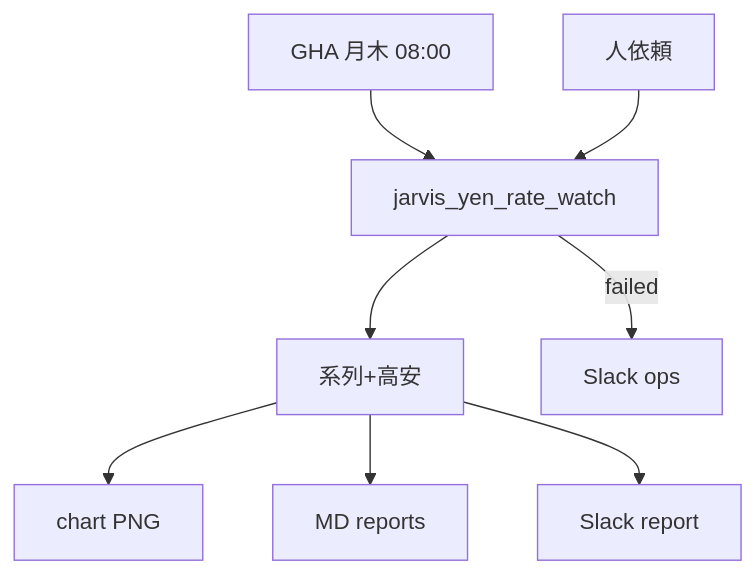
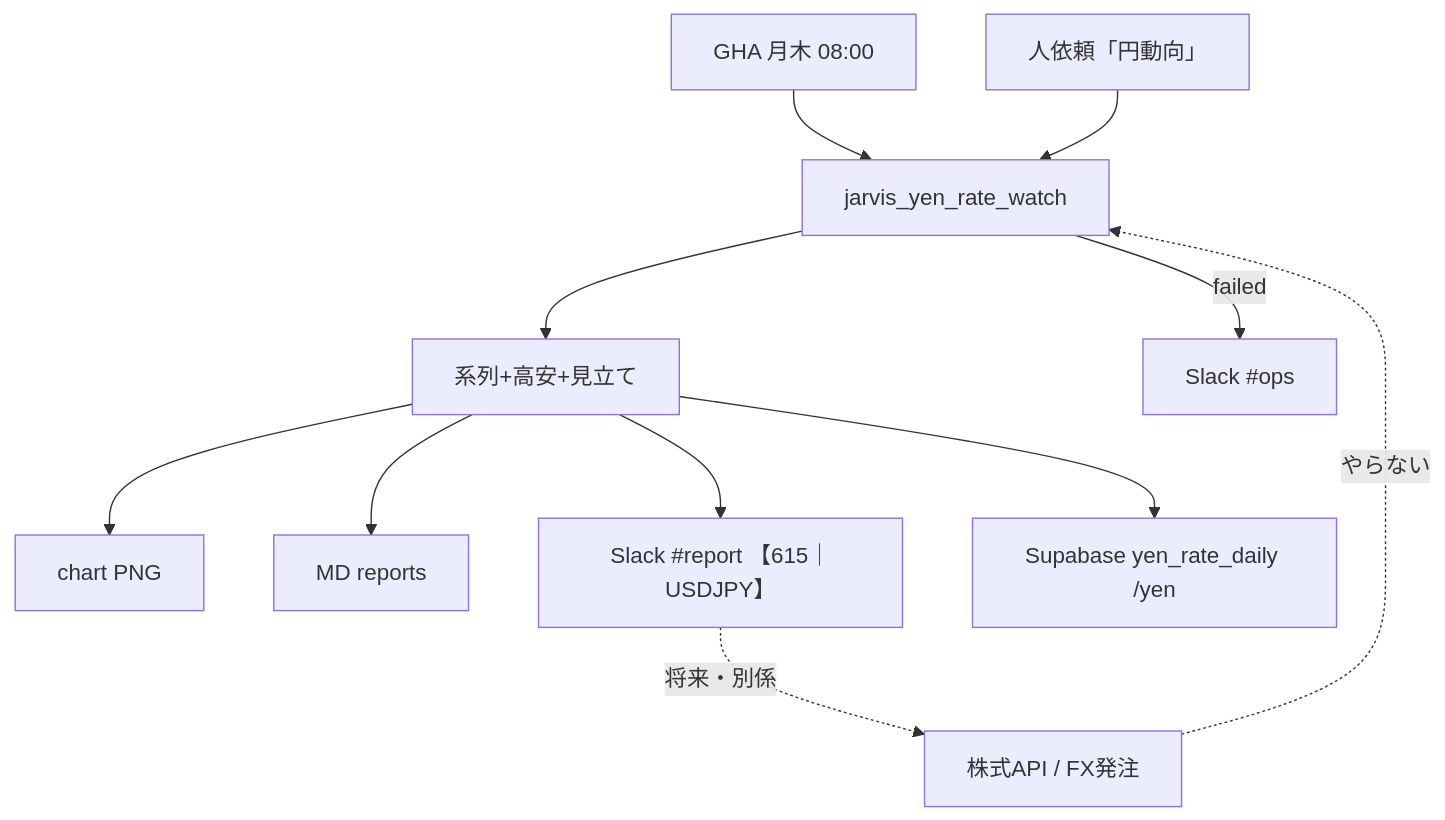
One commit to m19mhrts83-cyber/project-GE changed the diagram in docs/AIエージェントチーム/600_リソース・家計室/615_円動向報告係/flow.md. Above: the diagram before and after it, drawn with Mermaid. The commit also changed other lines of this file and 24 other files, not shown here.

````diff
--- a/docs/AIエージェントチーム/600_リソース・家計室/615_円動向報告係/flow.md
+++ b/docs/AIエージェントチーム/600_リソース・家計室/615_円動向報告係/flow.md
@@ -12,10 +21,13 @@
 ```mermaid
 flowchart TD
   T1[GHA 月木 08:00] --> A[jarvis_yen_rate_watch]
-  T2[人依頼] --> A
-  A --> B[系列+高安]
+  T2[人依頼「円動向」] --> A
+  A --> B[系列+高安+見立て]
   B --> C[chart PNG]
   B --> D[MD reports]
-  B --> E[Slack report]
-  A -->|failed| F[Slack ops]
+  B --> E["Slack #report 【615｜USDJPY】"]
+  B --> G["Supabase yen_rate_daily /yen"]
+  A -->|failed| F["Slack #ops"]
+  E -.->|将来・別係| X[株式API / FX発注]
+  X -.->|やらない| A
 ```
````
